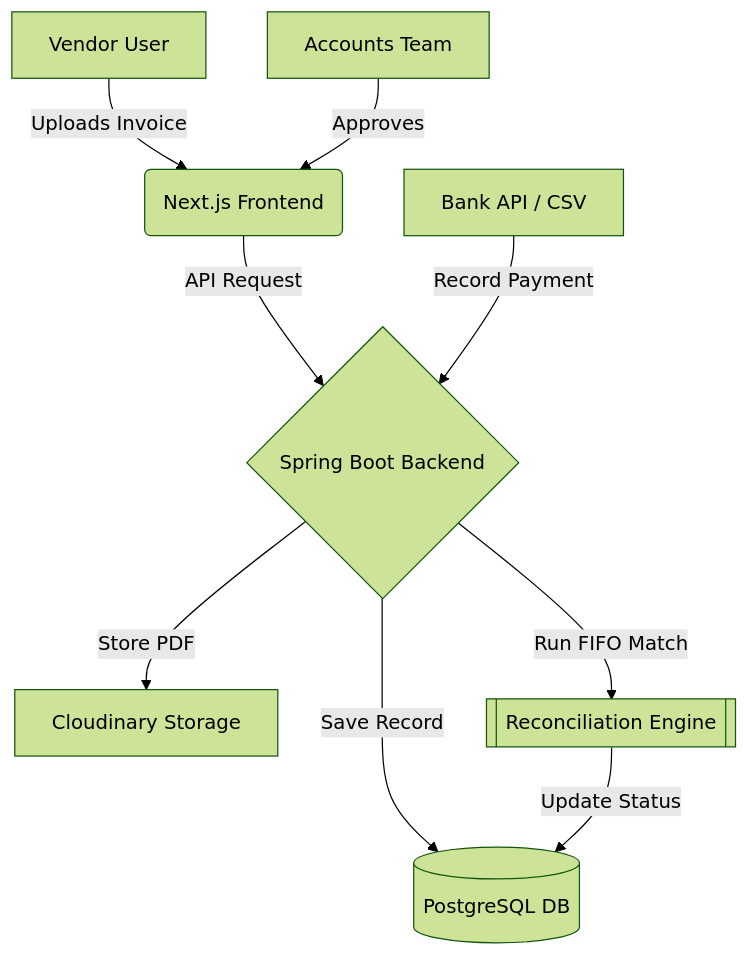
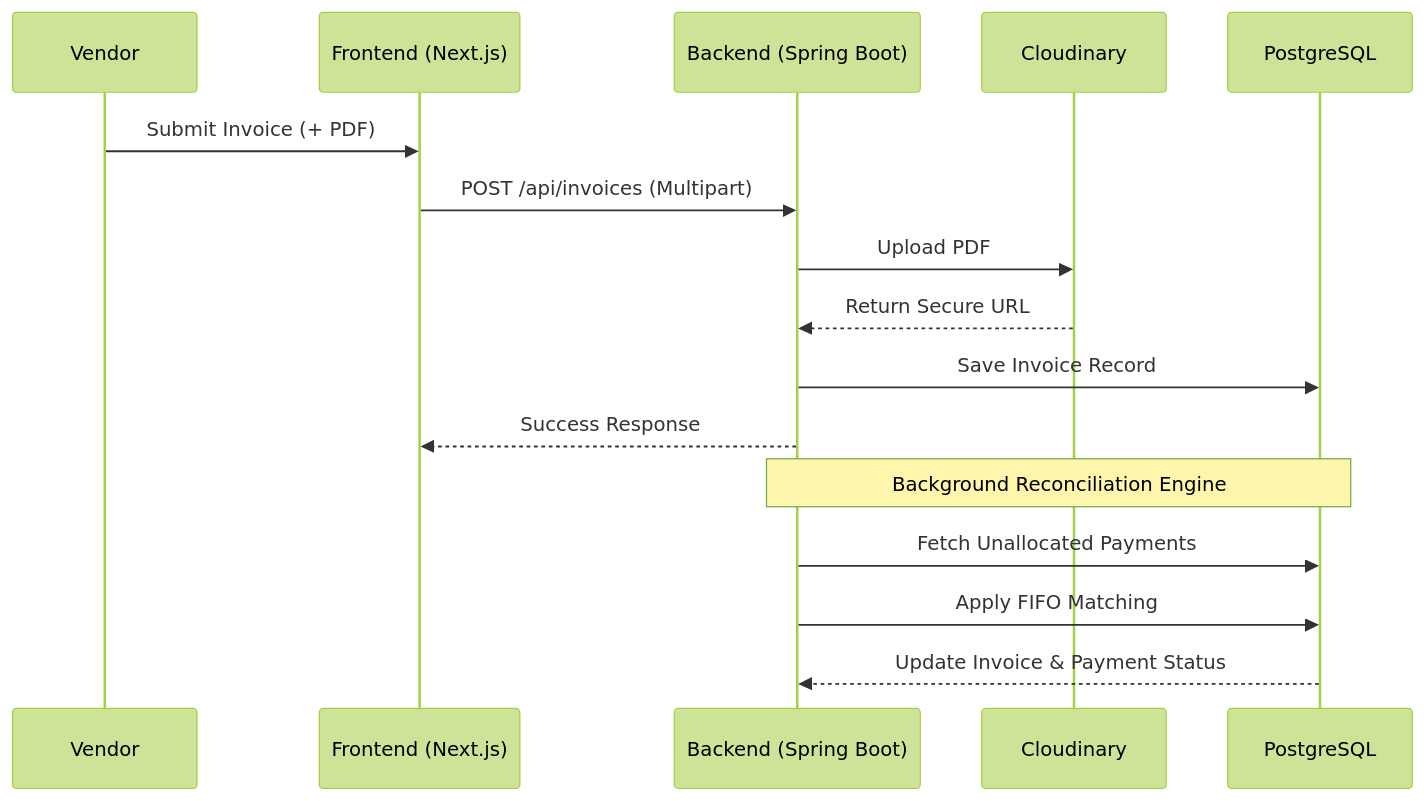
Before and after one commit to omkarrathod23/smartreconcile: the diagram in README.md, drawn with Mermaid (forest theme). The commit also changed other lines of this file and 1 other file, not shown here.

````diff
--- a/README.md
+++ b/README.md
@@ -47,11 +57,20 @@
 ```mermaid
-graph TD
-    A[Vendor User] -->|Uploads Invoice| B(Next.js Frontend)
-    B -->|API Request| C{Spring Boot Backend}
-    C -->|Store PDF| D[Cloudinary Storage]
-    C -->|Save Record| E[(PostgreSQL DB)]
-    F[Accounts Team] -->|Approves| B
-    G[Bank API / CSV] -->|Record Payment| C
-    C -->|Run FIFO Match| H[[Reconciliation Engine]]
-    H -->|Update Status| E
+sequenceDiagram
+    participant V as Vendor
+    participant F as Frontend (Next.js)
+    participant B as Backend (Spring Boot)
+    participant C as Cloudinary
+    participant DB as PostgreSQL
+
+    V->>F: Submit Invoice (+ PDF)
+    F->>B: POST /api/invoices (Multipart)
+    B->>C: Upload PDF
+    C-->>B: Return Secure URL
+    B->>DB: Save Invoice Record
+    B-->>F: Success Response
+    
+    note over B,DB: Background Reconciliation Engine
+    B->>DB: Fetch Unallocated Payments
+    B->>DB: Apply FIFO Matching
+    DB-->>B: Update Invoice & Payment Status
 ```
````
